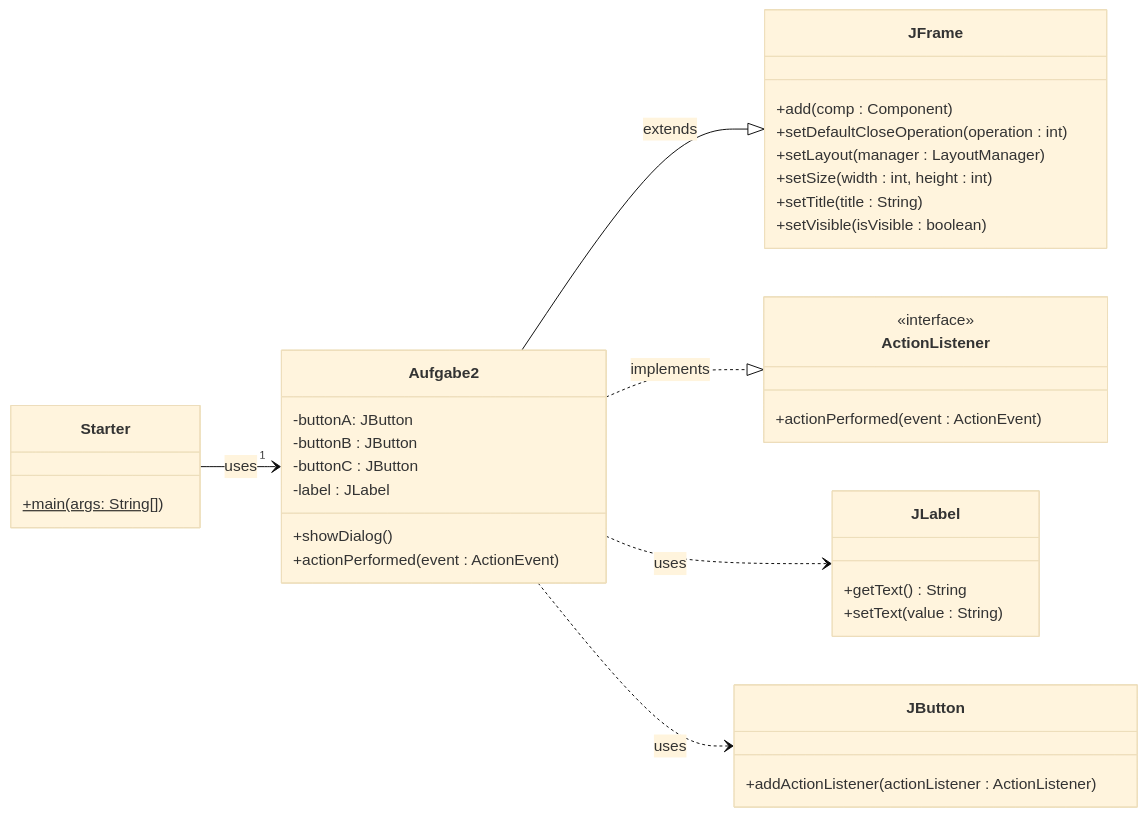
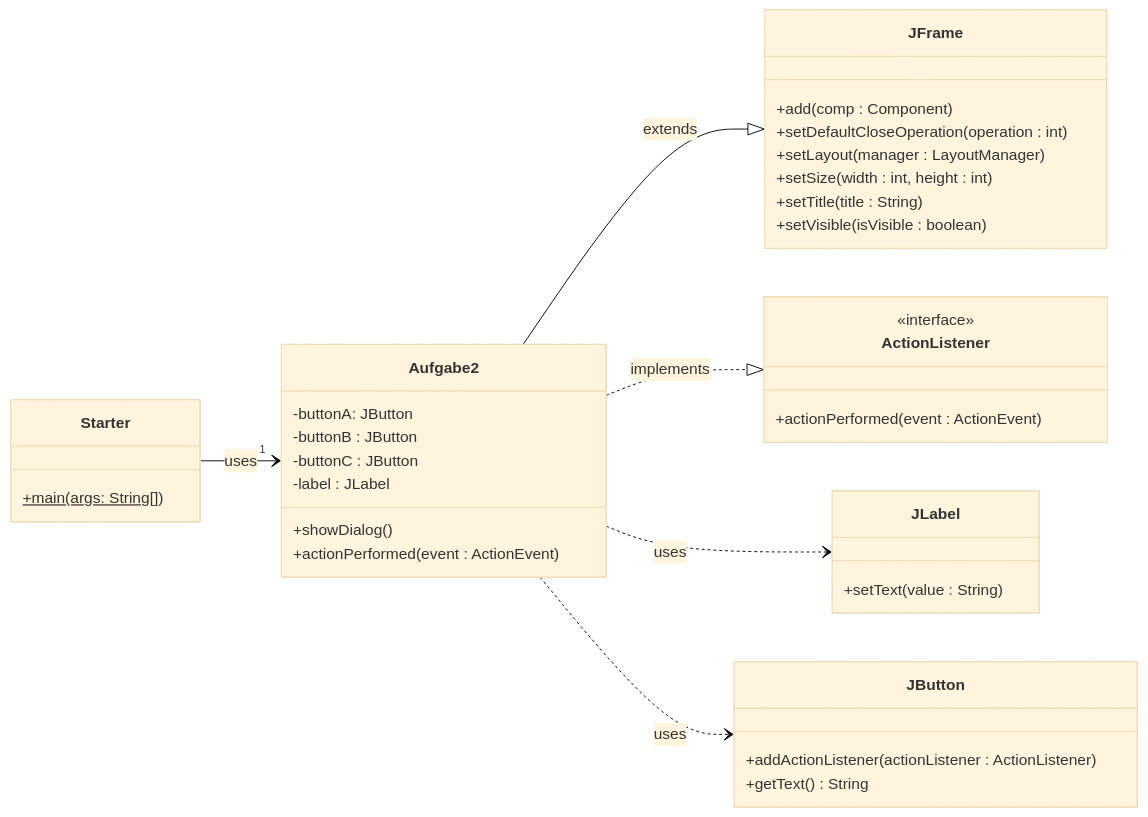
Before and after one commit to codingluke/bbzbl-modul-404: the second of 2 diagrams in docs/aufgaben-swing/buttons-aktivieren.md, drawn with Mermaid (base theme). The commit also changed other lines of this file and 1 other file, not shown here.

Commit message:
More UML

````diff
--- a/docs/aufgaben-swing/buttons-aktivieren.md
+++ b/docs/aufgaben-swing/buttons-aktivieren.md
@@ -116,40 +121,40 @@
 ```mermaid
 classDiagram
   direction LR
   class JFrame {
     +add(comp : Component)
     +setDefaultCloseOperation(operation : int)
     +setLayout(manager : LayoutManager)
     +setSize(width : int, height : int)
     +setTitle(title : String)
     +setVisible(isVisible : boolean)
   }
   class ActionListener {
     +actionPerformed(event : ActionEvent)
   }
   <<interface>> ActionListener
   class Starter {
     +main(args: String[])$
   }
   class Aufgabe2 {
     -buttonA: JButton
     -buttonB : JButton
     -buttonC : JButton
     -label : JLabel
     +showDialog()
     +actionPerformed(event : ActionEvent)
   }
   class JLabel {
-    +getText() String
     +setText(value : String)
   }
   class JButton {
     +addActionListener(actionListener : ActionListener)
+    +getText() String
   }
 
   Starter --> "1" Aufgabe2 : uses
   Aufgabe2 --|> JFrame : extends
   Aufgabe2 ..|> ActionListener : implements
   Aufgabe2 ..> JLabel: uses
   Aufgabe2 ..> JButton: uses
 ```
````
